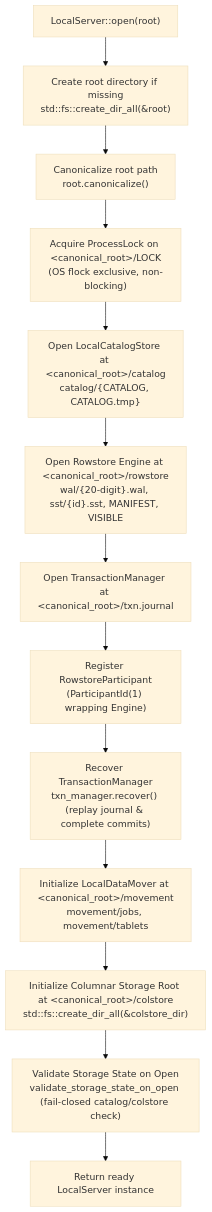
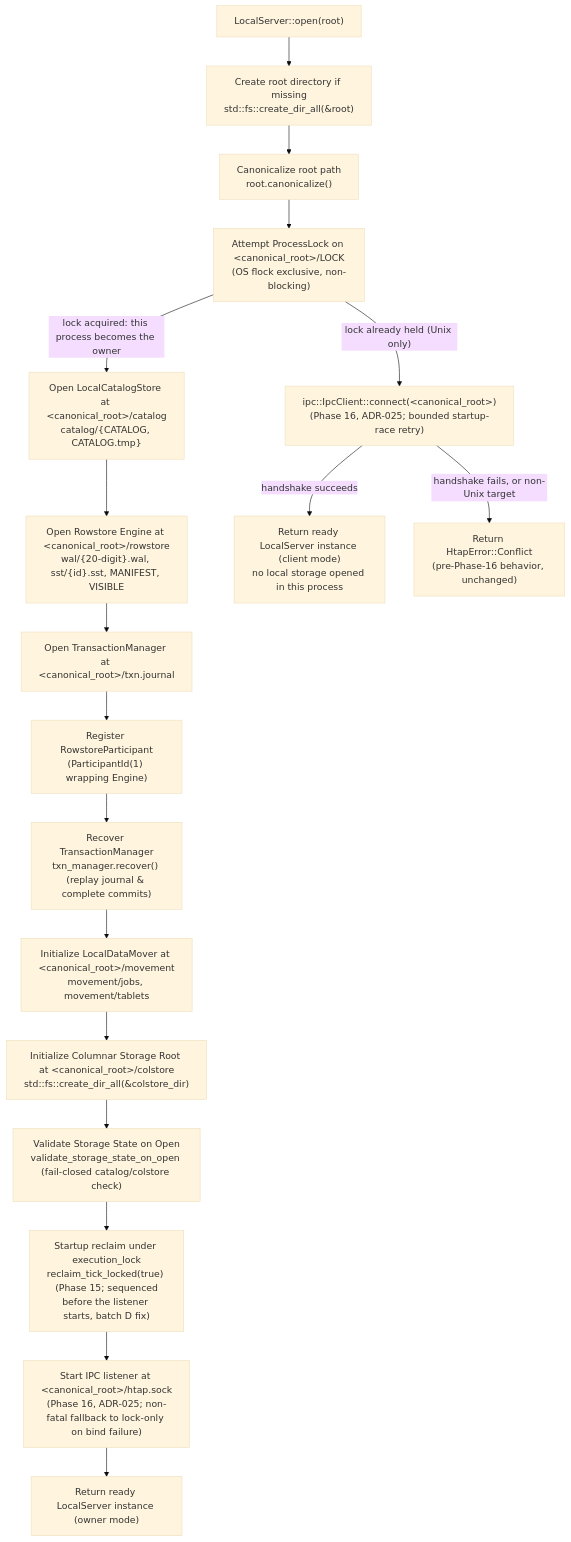
Before and after one commit to scarecrowgit/fluidb: the diagram in docs/OPERATIONS.md, drawn with Mermaid (base theme). The commit also changed other lines of this file and 70 other files, not shown here.

First line of the commit message:
feat(server): add concurrent multiprocess use via owner + IPC

````diff
--- a/docs/OPERATIONS.md
+++ b/docs/OPERATIONS.md
@@ -95,15 +133,20 @@
 ```mermaid
 flowchart TD
     Start["LocalServer::open(root)"] --> Mkdir["Create root directory if missing<br/>std::fs::create_dir_all(&amp;root)"]
     Mkdir --> Canon["Canonicalize root path<br/>root.canonicalize()"]
-    Canon --> Lock["Acquire ProcessLock on &lt;canonical_root&gt;/LOCK<br/>(OS flock exclusive, non-blocking)"]
-    Lock --> Catalog["Open LocalCatalogStore at &lt;canonical_root&gt;/catalog<br/>catalog/{CATALOG, CATALOG.tmp}"]
+    Canon --> Lock["Attempt ProcessLock on &lt;canonical_root&gt;/LOCK<br/>(OS flock exclusive, non-blocking)"]
+    Lock -->|"lock acquired: this process becomes the owner"| Catalog["Open LocalCatalogStore at &lt;canonical_root&gt;/catalog<br/>catalog/{CATALOG, CATALOG.tmp}"]
     Catalog --> Rowstore["Open Rowstore Engine at &lt;canonical_root&gt;/rowstore<br/>wal/{20-digit}.wal, sst/{id}.sst, MANIFEST, VISIBLE"]
     Rowstore --> TxnJourn["Open TransactionManager at &lt;canonical_root&gt;/txn.journal"]
     TxnJourn --> Part1["Register RowstoreParticipant<br/>(ParticipantId(1) wrapping Engine)"]
     Part1 --> Recov["Recover TransactionManager<br/>txn_manager.recover() (replay journal & complete commits)"]
     Recov --> Move["Initialize LocalDataMover at &lt;canonical_root&gt;/movement<br/>movement/jobs, movement/tablets"]
     Move --> Colstore["Initialize Columnar Storage Root at &lt;canonical_root&gt;/colstore<br/>std::fs::create_dir_all(&amp;colstore_dir)"]
     Colstore --> ValStor["Validate Storage State on Open<br/>validate_storage_state_on_open (fail-closed catalog/colstore check)"]
-    ValStor --> Ready["Return ready LocalServer instance"]
+    ValStor --> Reclaim["Startup reclaim under execution_lock<br/>reclaim_tick_locked(true) (Phase 15; sequenced<br/>before the listener starts, batch D fix)"]
+    Reclaim --> Listen["Start IPC listener at &lt;canonical_root&gt;/htap.sock<br/>(Phase 16, ADR-025; non-fatal fallback to lock-only on bind failure)"]
+    Listen --> Ready["Return ready LocalServer instance (owner mode)"]
+    Lock -->|"lock already held (Unix only)"| IpcConnect["ipc::IpcClient::connect(&lt;canonical_root&gt;)<br/>(Phase 16, ADR-025; bounded startup-race retry)"]
+    IpcConnect -->|"handshake succeeds"| ReadyClient["Return ready LocalServer instance (client mode)<br/>no local storage opened in this process"]
+    IpcConnect -->|"handshake fails, or non-Unix target"| ConflictErr["Return HtapError::Conflict<br/>(pre-Phase-16 behavior, unchanged)"]
 ```
````
